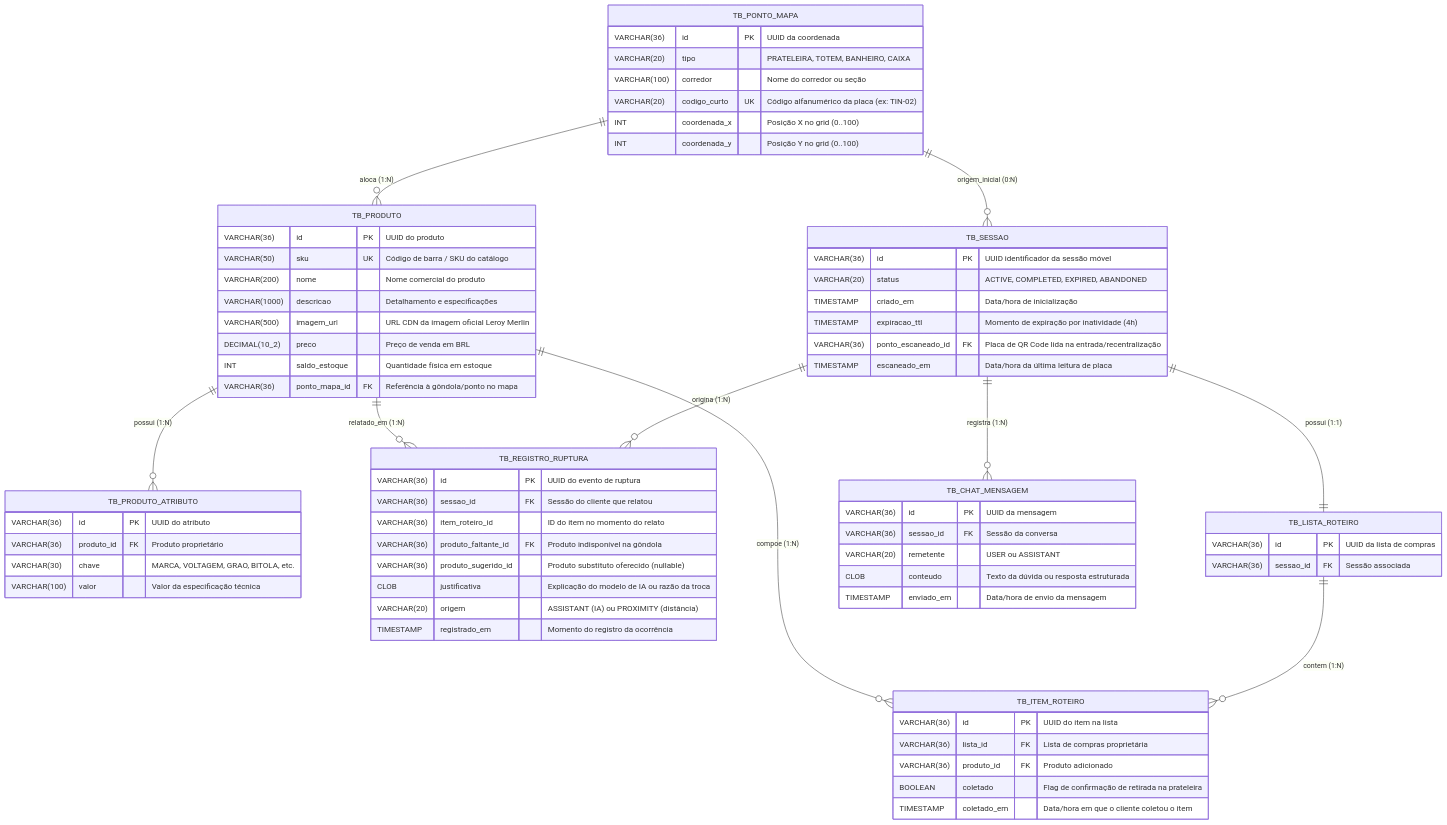
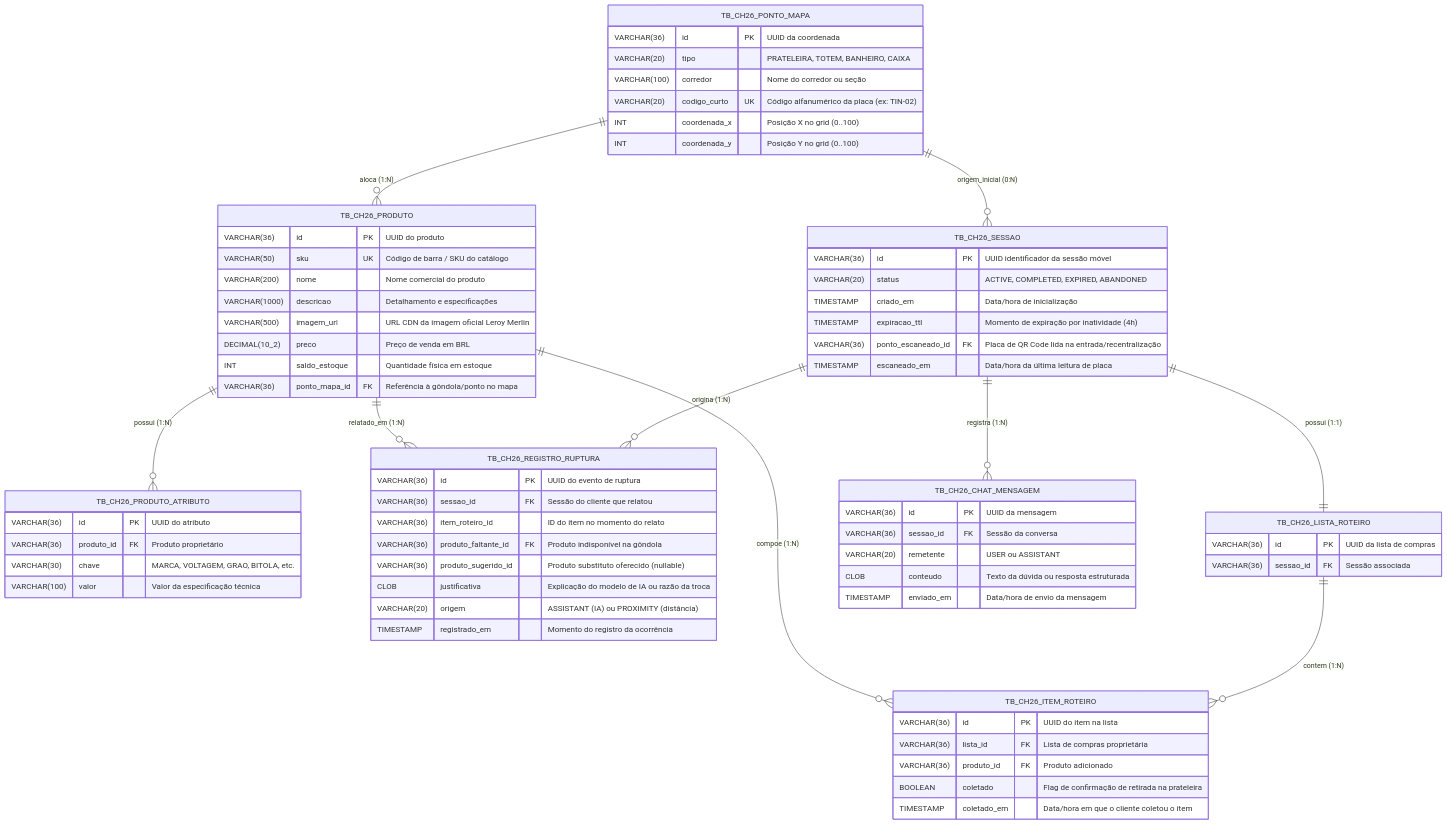
The diagram in docs/dados/der-atualizado.md (JoaoRicardoSOC/merlin-route-finder), drawn with Mermaid before and after one commit. The commit also changed other lines of this file and 8 other files, not shown here.

````diff
--- a/docs/dados/der-atualizado.md
+++ b/docs/dados/der-atualizado.md
@@ -23,19 +24,19 @@
 ```mermaid
 erDiagram
-    TB_PONTO_MAPA ||--o{ TB_PRODUTO : "aloca (1:N)"
-    TB_PONTO_MAPA ||--o{ TB_SESSAO : "origem_inicial (0:N)"
+    TB_CH26_PONTO_MAPA ||--o{ TB_CH26_PRODUTO : "aloca (1:N)"
+    TB_CH26_PONTO_MAPA ||--o{ TB_CH26_SESSAO : "origem_inicial (0:N)"
     
-    TB_PRODUTO ||--o{ TB_PRODUTO_ATRIBUTO : "possui (1:N)"
-    TB_PRODUTO ||--o{ TB_ITEM_ROTEIRO : "compoe (1:N)"
-    TB_PRODUTO ||--o{ TB_REGISTRO_RUPTURA : "relatado_em (1:N)"
+    TB_CH26_PRODUTO ||--o{ TB_CH26_PRODUTO_ATRIBUTO : "possui (1:N)"
+    TB_CH26_PRODUTO ||--o{ TB_CH26_ITEM_ROTEIRO : "compoe (1:N)"
+    TB_CH26_PRODUTO ||--o{ TB_CH26_REGISTRO_RUPTURA : "relatado_em (1:N)"
 
-    TB_SESSAO ||--|| TB_LISTA_ROTEIRO : "possui (1:1)"
-    TB_SESSAO ||--o{ TB_CHAT_MENSAGEM : "registra (1:N)"
-    TB_SESSAO ||--o{ TB_REGISTRO_RUPTURA : "origina (1:N)"
+    TB_CH26_SESSAO ||--|| TB_CH26_LISTA_ROTEIRO : "possui (1:1)"
+    TB_CH26_SESSAO ||--o{ TB_CH26_CHAT_MENSAGEM : "registra (1:N)"
+    TB_CH26_SESSAO ||--o{ TB_CH26_REGISTRO_RUPTURA : "origina (1:N)"
 
-    TB_LISTA_ROTEIRO ||--o{ TB_ITEM_ROTEIRO : "contem (1:N)"
+    TB_CH26_LISTA_ROTEIRO ||--o{ TB_CH26_ITEM_ROTEIRO : "contem (1:N)"
 
-    TB_PONTO_MAPA {
+    TB_CH26_PONTO_MAPA {
         VARCHAR(36) id PK "UUID da coordenada"
         VARCHAR(20) tipo "PRATELEIRA, TOTEM, BANHEIRO, CAIXA"
         VARCHAR(100) corredor "Nome do corredor ou seção"
@@ -44,7 +45,7 @@
         INT coordenada_y "Posição Y no grid (0..100)"
     }
 
-    TB_PRODUTO {
+    TB_CH26_PRODUTO {
         VARCHAR(36) id PK "UUID do produto"
         VARCHAR(50) sku UK "Código de barra / SKU do catálogo"
         VARCHAR(200) nome "Nome comercial do produto"
@@ -55,14 +56,14 @@
         VARCHAR(36) ponto_mapa_id FK "Referência à gôndola/ponto no mapa"
     }
 
-    TB_PRODUTO_ATRIBUTO {
+    TB_CH26_PRODUTO_ATRIBUTO {
         VARCHAR(36) id PK "UUID do atributo"
         VARCHAR(36) produto_id FK "Produto proprietário"
         VARCHAR(30) chave "MARCA, VOLTAGEM, GRAO, BITOLA, etc."
         VARCHAR(100) valor "Valor da especificação técnica"
     }
 
-    TB_SESSAO {
+    TB_CH26_SESSAO {
         VARCHAR(36) id PK "UUID identificador da sessão móvel"
         VARCHAR(20) status "ACTIVE, COMPLETED, EXPIRED, ABANDONED"
         TIMESTAMP criado_em "Data/hora de inicialização"
@@ -71,12 +72,12 @@
         TIMESTAMP escaneado_em "Data/hora da última leitura de placa"
     }
 
-    TB_LISTA_ROTEIRO {
+    TB_CH26_LISTA_ROTEIRO {
         VARCHAR(36) id PK "UUID da lista de compras"
         VARCHAR(36) sessao_id FK "Sessão associada"
     }
 
-    TB_ITEM_ROTEIRO {
+    TB_CH26_ITEM_ROTEIRO {
         VARCHAR(36) id PK "UUID do item na lista"
         VARCHAR(36) lista_id FK "Lista de compras proprietária"
         VARCHAR(36) produto_id FK "Produto adicionado"
@@ -84,7 +85,7 @@
         TIMESTAMP coletado_em "Data/hora em que o cliente coletou o item"
     }
 
-    TB_CHAT_MENSAGEM {
+    TB_CH26_CHAT_MENSAGEM {
         VARCHAR(36) id PK "UUID da mensagem"
         VARCHAR(36) sessao_id FK "Sessão da conversa"
         VARCHAR(20) remetente "USER ou ASSISTANT"
@@ -92,7 +93,7 @@
         TIMESTAMP enviado_em "Data/hora de envio da mensagem"
     }
 
-    TB_REGISTRO_RUPTURA {
+    TB_CH26_REGISTRO_RUPTURA {
         VARCHAR(36) id PK "UUID do evento de ruptura"
         VARCHAR(36) sessao_id FK "Sessão do cliente que relatou"
         VARCHAR(36) item_roteiro_id "ID do item no momento do relato"
````
